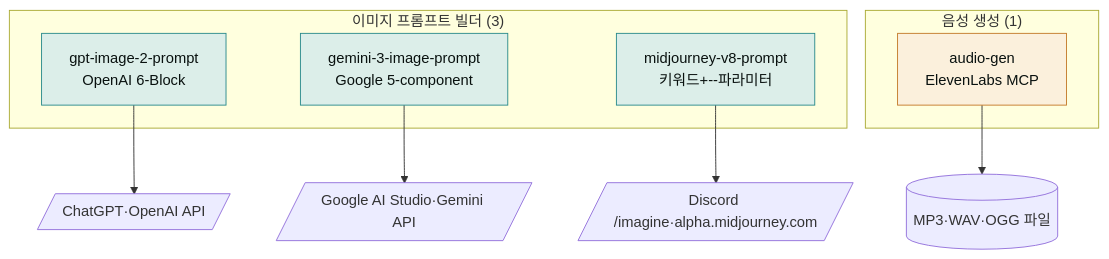
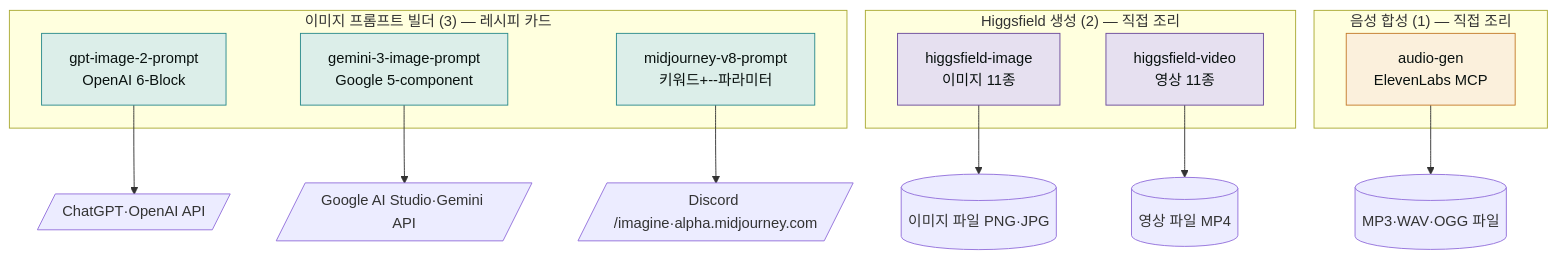
Before and after one commit to modu-ai/claude: the first of 2 diagrams in content/plugins/moai-media.md, drawn with Mermaid. The commit also changed other lines of this file and 84 other files, not shown here.

First line of the commit message:
docs(docs-site): drawio → mermaid 전환 + 카운트 정정 + drawio 잔재 제거 (v2.23.0)

````diff
--- a/content/plugins/moai-media.md
+++ b/content/plugins/moai-media.md
@@ -26,20 +27,28 @@
 ```mermaid
 flowchart TD
-    subgraph Prompt["이미지 프롬프트 빌더 (3)"]
+    subgraph Prompt["이미지 프롬프트 빌더 (3) — 레시피 카드"]
         A["gpt-image-2-prompt<br/>OpenAI 6-Block"]
         B["gemini-3-image-prompt<br/>Google 5-component"]
         C["midjourney-v8-prompt<br/>키워드+--파라미터"]
     end
-    subgraph Audio["음성 생성 (1)"]
+    subgraph Higgs["Higgsfield 생성 (2) — 직접 조리"]
+        I["higgsfield-image<br/>이미지 11종"]
+        J["higgsfield-video<br/>영상 11종"]
+    end
+    subgraph Audio["음성 합성 (1) — 직접 조리"]
         D["audio-gen<br/>ElevenLabs MCP"]
     end
     A --> E[/ChatGPT·OpenAI API/]
     B --> F[/Google AI Studio·Gemini API/]
     C --> G[/Discord /imagine·alpha.midjourney.com/]
+    I --> K[(이미지 파일 PNG·JPG)]
+    J --> L[(영상 파일 MP4)]
     D --> H[(MP3·WAV·OGG 파일)]
 
     style A fill:#dceee9,stroke:#2a8a8c,color:#09110f
     style B fill:#dceee9,stroke:#2a8a8c,color:#09110f
     style C fill:#dceee9,stroke:#2a8a8c,color:#09110f
+    style I fill:#e6e0f0,stroke:#6b4a9a,color:#09110f
+    style J fill:#e6e0f0,stroke:#6b4a9a,color:#09110f
     style D fill:#fbf0dc,stroke:#c47b2a,color:#09110f
 ```
````
